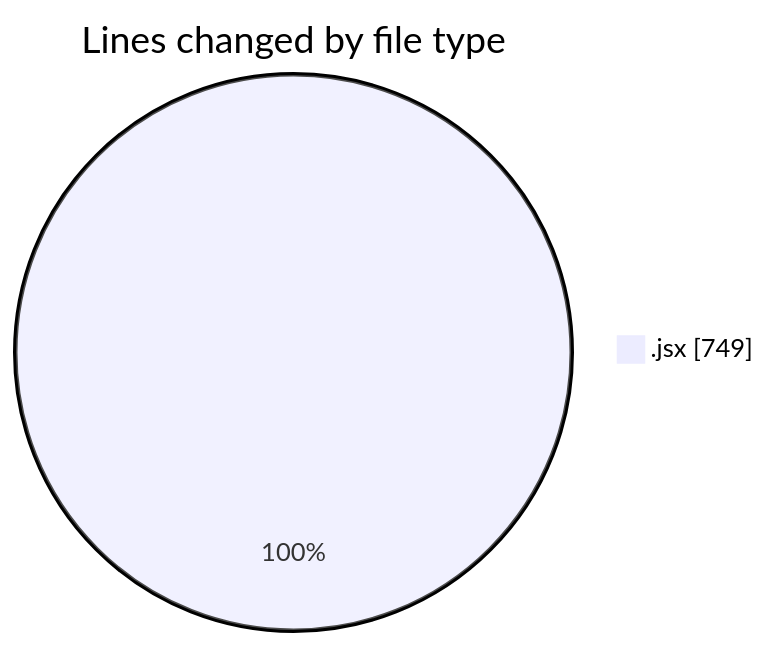
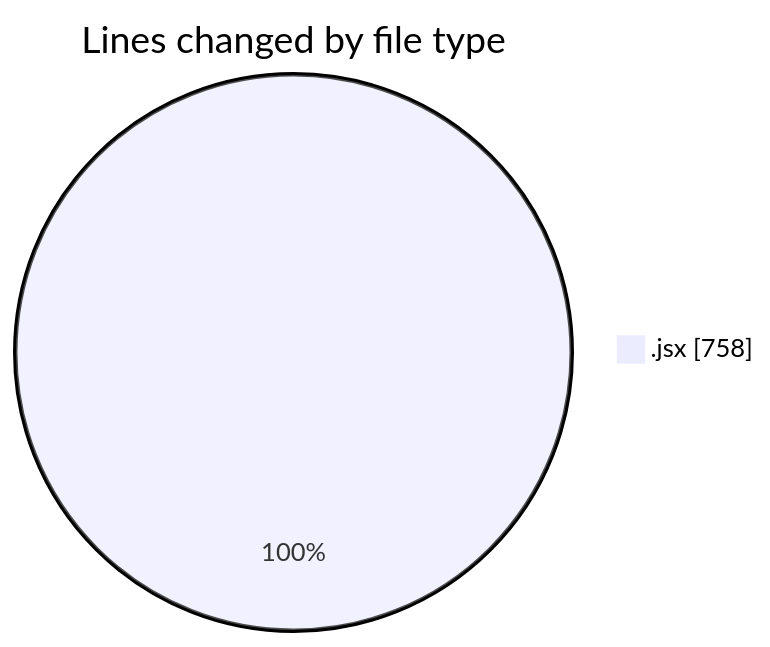
The first of 2 diagrams in 2025-05-27/nxtqube_webapp/README.md (nxtqubesakshisongat/code-tracking), drawn with Mermaid before and after one commit. The commit also changed other lines of this file and 1 other file, not shown here.

````diff
--- a/2025-05-27/nxtqube_webapp/README.md
+++ b/2025-05-27/nxtqube_webapp/README.md
@@ -20,5 +21,5 @@
 ```mermaid
 pie showData
 title Lines changed by file type
-".jsx" : 749
+".jsx" : 758
 ```
````
